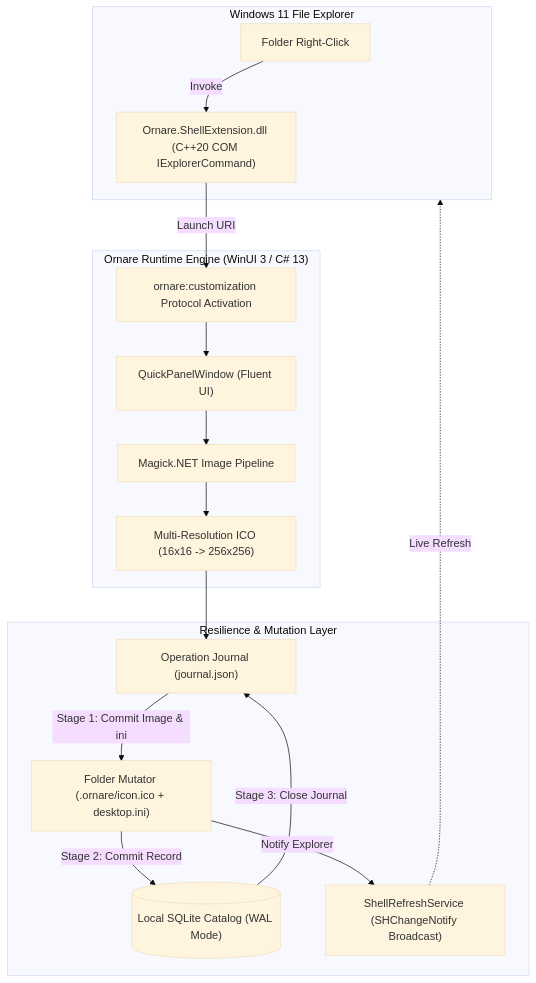
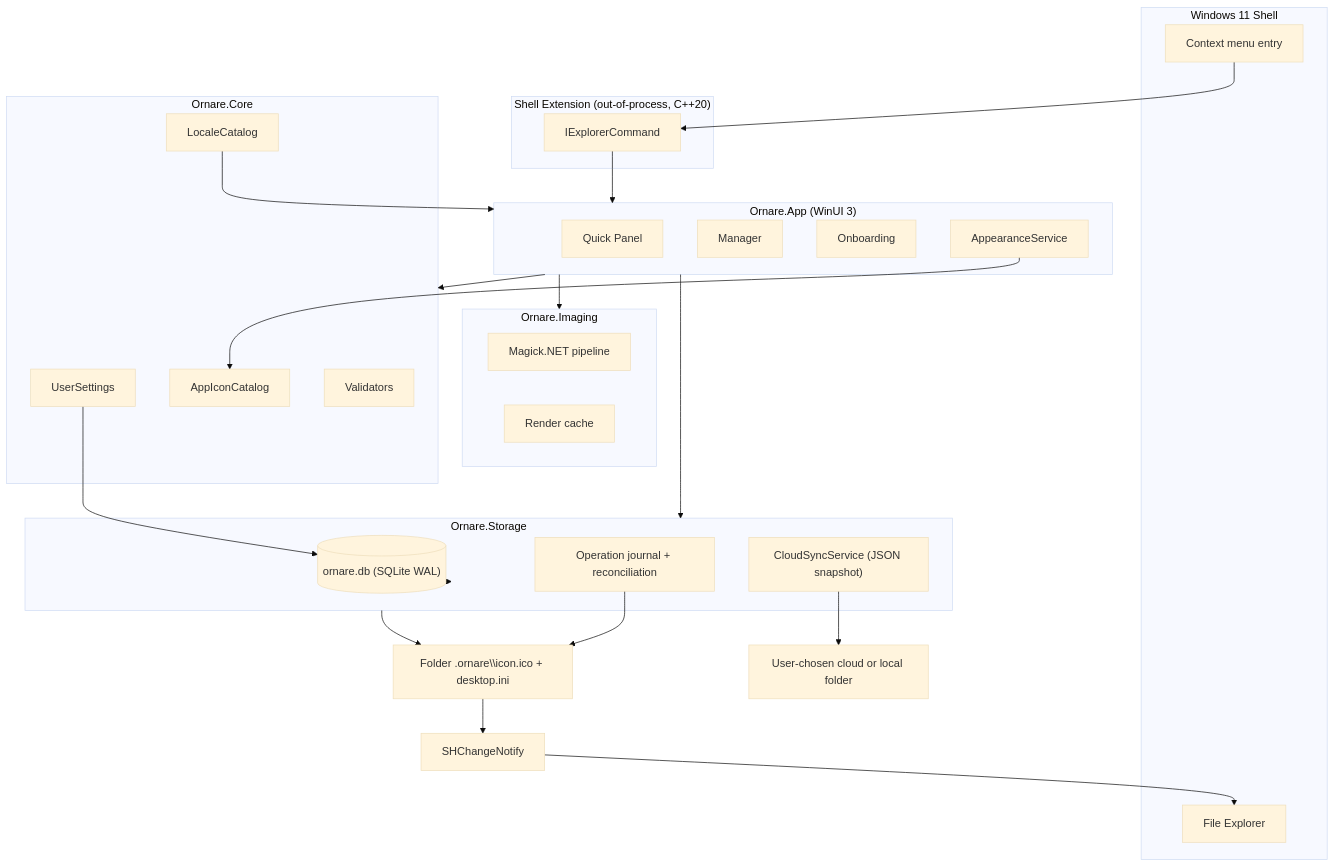
Before and after one commit to emirtdede/ornare: the diagram in README.md, drawn with Mermaid (base theme). The commit also changed other lines of this file and 506 other files, not shown here.

````diff
--- a/README.md
+++ b/README.md
@@ -144,33 +196,53 @@
 ```mermaid
 flowchart TD
-    subgraph Explorer["Windows 11 File Explorer"]
-        Folder[Folder Right-Click]
-        ShellExt["Ornare.ShellExtension.dll (C++20 COM IExplorerCommand)"]
+    subgraph SHELL["Windows 11 Shell"]
+        CTX["Context menu entry"]
+        EXP["File Explorer"]
     end
 
-    subgraph AppModel["Ornare Runtime Engine (WinUI 3 / C# 13)"]
-        Protocol["ornare:customization Protocol Activation"]
-        QuickPanel["QuickPanelWindow (Fluent UI)"]
-        Pipeline["Magick.NET Image Pipeline"]
-        ICO["Multi-Resolution ICO (16x16 -> 256x256)"]
+    subgraph EXT["Shell Extension (out-of-process, C++20)"]
+        CMD["IExplorerCommand"]
     end
 
-    subgraph StorageSafety["Resilience & Mutation Layer"]
-        Journal["Operation Journal (journal.json)"]
-        SQLite[("Local SQLite Catalog (WAL Mode)")]
-        DiskMut["Folder Mutator (.ornare/icon.ico + desktop.ini)"]
-        Notify["ShellRefreshService (SHChangeNotify Broadcast)"]
+    subgraph APP["Ornare.App (WinUI 3)"]
+        QP["Quick Panel"]
+        MG["Manager"]
+        OB["Onboarding"]
+        AS["AppearanceService"]
     end
 
-    Folder -->|Invoke| ShellExt
-    ShellExt -->|Launch URI| Protocol
-    Protocol --> QuickPanel
-    QuickPanel --> Pipeline
-    Pipeline --> ICO
-    ICO --> Journal
-    Journal -->|Stage 1: Commit Image & ini| DiskMut
-    DiskMut -->|Stage 2: Commit Record| SQLite
-    SQLite -->|Stage 3: Close Journal| Journal
-    DiskMut -->|Notify Explorer| Notify
-    Notify -.->|Live Refresh| Explorer
+    subgraph CORE["Ornare.Core"]
+        SET["UserSettings"]
+        LOC["LocaleCatalog"]
+        ICON["AppIconCatalog"]
+        VAL["Validators"]
+    end
+
+    subgraph STORE["Ornare.Storage"]
+        DB[("ornare.db (SQLite WAL)")]
+        JRN["Operation journal + reconciliation"]
+        CLOUD["CloudSyncService (JSON snapshot)"]
+    end
+
+    subgraph IMG["Ornare.Imaging"]
+        PIPE["Magick.NET pipeline"]
+        CACHE["Render cache"]
+    end
+
+    FS["Folder .ornare\\icon.ico + desktop.ini"]
+    DRIVE["User-chosen cloud or local folder"]
+    NOTIFY["SHChangeNotify"]
+
+    CTX --> CMD --> APP
+    APP --> CORE
+    APP --> IMG
+    APP --> STORE
+    STORE --> FS
+    STORE --> DB
+    JRN --> FS
+    CLOUD --> DRIVE
+    FS --> NOTIFY --> EXP
+    AS --> ICON
+    LOC --> APP
+    SET --> DB
 ```
````
